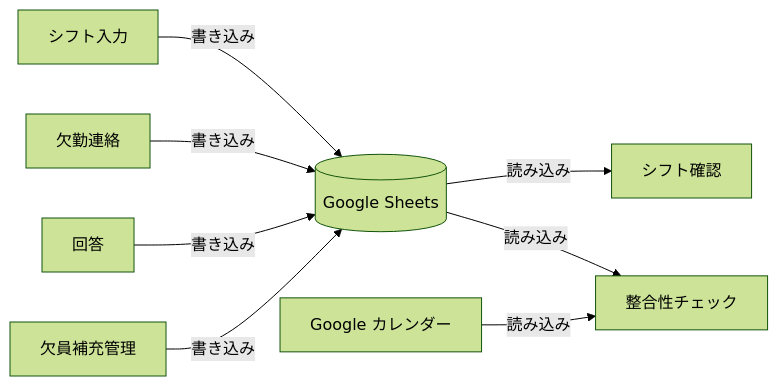
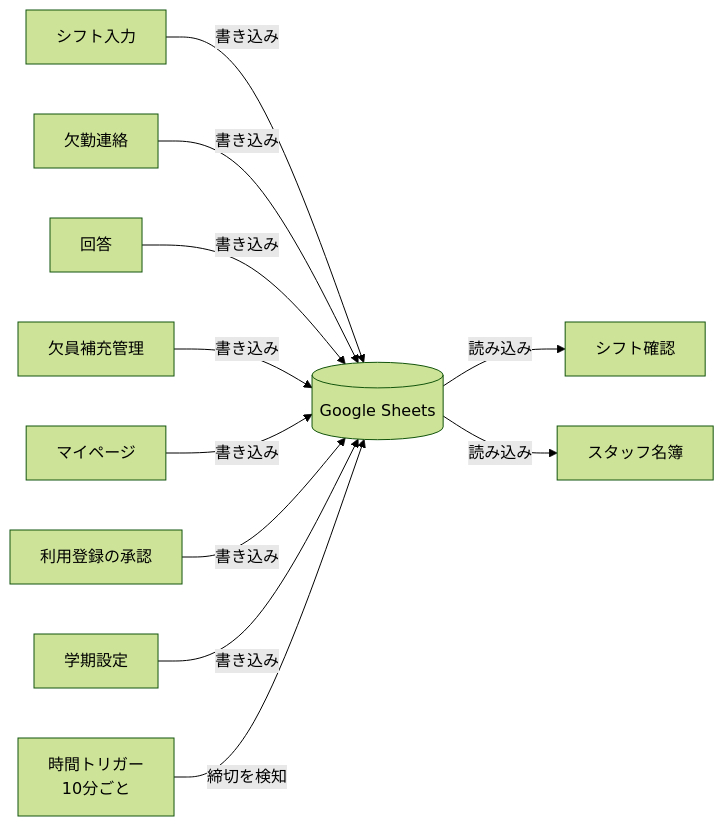
The first of 3 diagrams in docs/spec/architecture.md (Nakano-official/takeover), drawn with Mermaid (forest theme) before and after one commit. The commit also changed other lines of this file and 4 other files, not shown here.

First line of the commit message:
docs: architecture.md を実装に合わせて全面改訂し、正の所在を整理（D43）

````diff
--- a/docs/spec/architecture.md
+++ b/docs/spec/architecture.md
@@ -26,10 +43,13 @@
 ```mermaid
 flowchart LR
   In["シフト入力"] -->|書き込み| Sheets[("Google Sheets")]
   Ab["欠勤連絡"] -->|書き込み| Sheets
   Re["回答"] -->|書き込み| Sheets
   Mg["欠員補充管理"] -->|書き込み| Sheets
+  My["マイページ"] -->|書き込み| Sheets
+  Ap["利用登録の承認"] -->|書き込み| Sheets
+  Tm["学期設定"] -->|書き込み| Sheets
   Sheets -->|読み込み| Home["シフト確認"]
-  Sheets -->|読み込み| Ck["整合性チェック"]
-  Cal["Google カレンダー"] -->|読み込み| Ck
+  Sheets -->|読み込み| Ro["スタッフ名簿"]
+  Trg["時間トリガー<br/>10分ごと"] -->|締切を検知| Sheets
 ```
````
